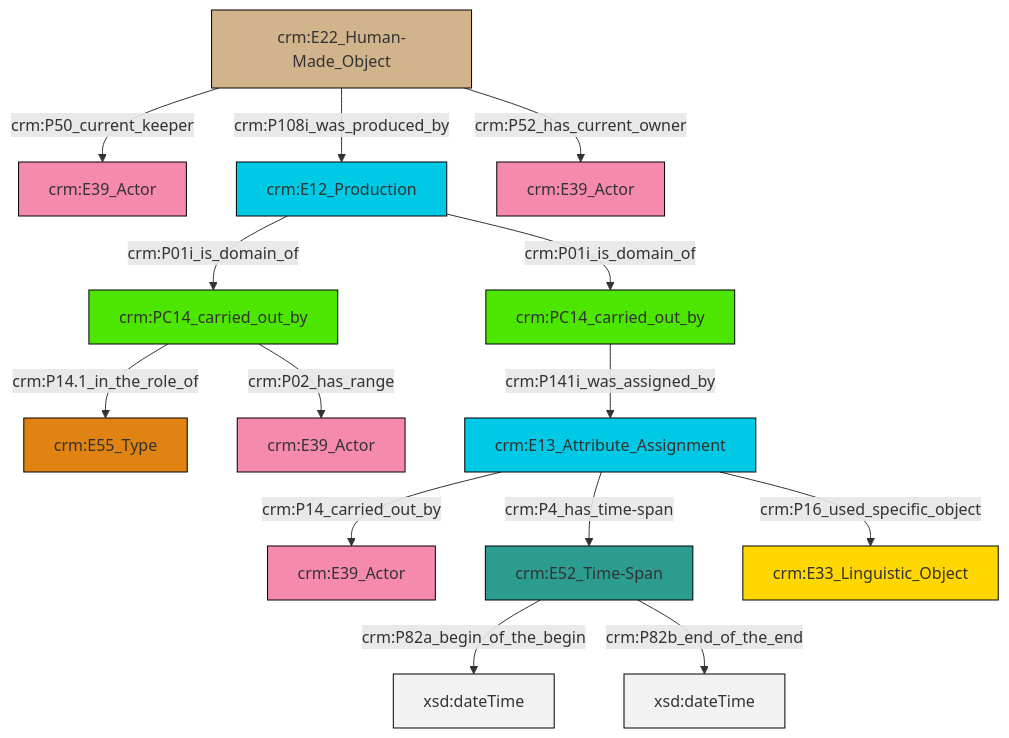
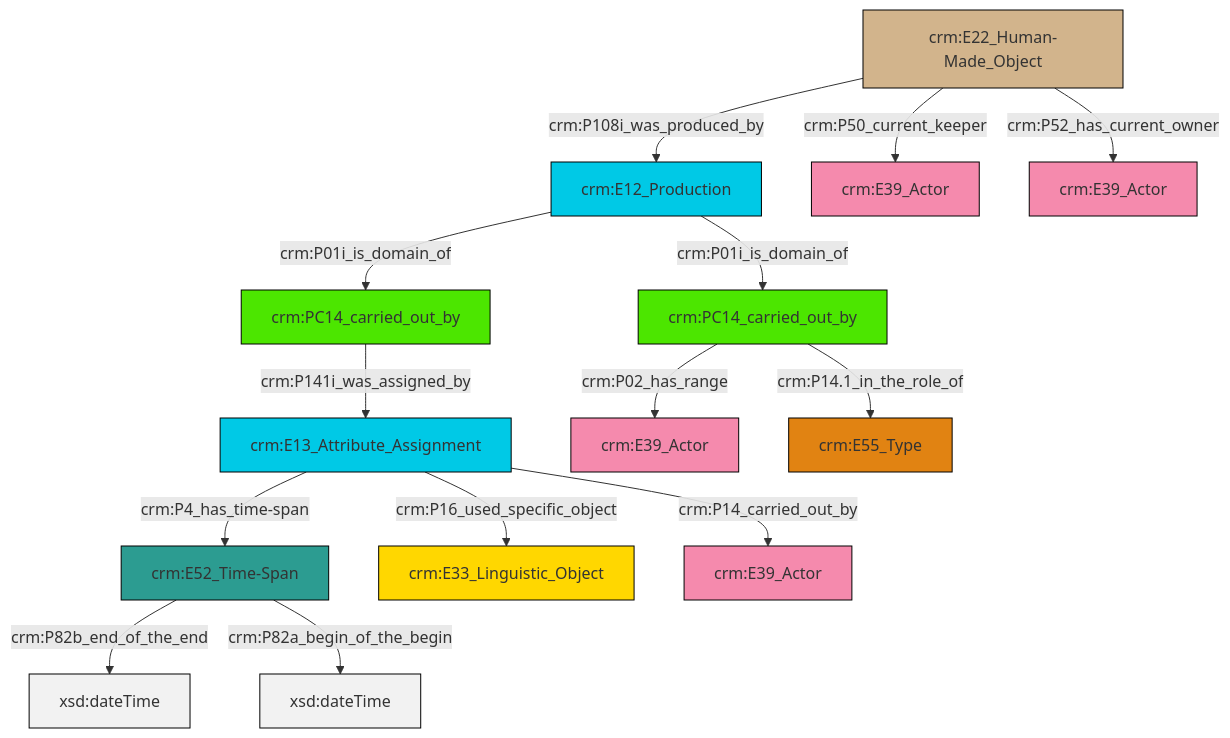
The diagram in et/carrierCSV/ttl/mmd/carrier_relations.ttl.mmd (swiss-art-research-net/docs.swissartresearch), drawn with Mermaid before and after one commit. The commit also changed 178 other files, not shown here.

```diff
--- a/et/carrierCSV/ttl/mmd/carrier_relations.ttl.mmd
+++ b/et/carrierCSV/ttl/mmd/carrier_relations.ttl.mmd
@@ -1,28 +1,28 @@
 graph TD
 classDef Literal fill:#f2f2f2,stroke:#000000;
 classDef CRM_Entity fill:#FFFFFF,stroke:#000000;
 classDef Temporal_Entity fill:#00C9E6, stroke:#000000;
 classDef Type fill:#E18312, stroke:#000000;
 classDef Time-Span fill:#2C9C91, stroke:#000000;
 classDef Appellation fill:#FFEB7F, stroke:#000000;
 classDef Place fill:#008836, stroke:#000000;
 classDef Persistent_Item fill:#B266B2, stroke:#000000;
 classDef Conceptual_Object fill:#FFD700, stroke:#000000;
 classDef Physical_Thing fill:#D2B48C, stroke:#000000;
 classDef Actor fill:#f58aad, stroke:#000000;
 classDef PC_Classes fill:#4ce600, stroke:#000000;
 classDef Multi fill:#cccccc,stroke:#000000;
 
-2["crm:E12_Production"]:::Temporal_Entity -->|crm:P01i_is_domain_of| 3["crm:PC14_carried_out_by"]:::PC_Classes
-4["crm:E22_Human-Made_Object"]:::Physical_Thing -->|crm:P50_current_keeper| 5["crm:E39_Actor"]:::Actor
-3["crm:PC14_carried_out_by"]:::PC_Classes -->|crm:P14.1_in_the_role_of| 10["crm:E55_Type"]:::Type
-12["crm:E13_Attribute_Assignment"]:::Temporal_Entity -->|crm:P14_carried_out_by| 8["crm:E39_Actor"]:::Actor
-3["crm:PC14_carried_out_by"]:::PC_Classes -->|crm:P02_has_range| 13["crm:E39_Actor"]:::Actor
-16["crm:E52_Time-Span"]:::Time-Span -->|crm:P82a_begin_of_the_begin| 17[xsd:dateTime]:::Literal
-12["crm:E13_Attribute_Assignment"]:::Temporal_Entity -->|crm:P4_has_time-span| 16["crm:E52_Time-Span"]:::Time-Span
-6["crm:PC14_carried_out_by"]:::PC_Classes -->|crm:P141i_was_assigned_by| 12["crm:E13_Attribute_Assignment"]:::Temporal_Entity
-12["crm:E13_Attribute_Assignment"]:::Temporal_Entity -->|crm:P16_used_specific_object| 14["crm:E33_Linguistic_Object"]:::Conceptual_Object
-16["crm:E52_Time-Span"]:::Time-Span -->|crm:P82b_end_of_the_end| 20[xsd:dateTime]:::Literal
-4["crm:E22_Human-Made_Object"]:::Physical_Thing -->|crm:P108i_was_produced_by| 2["crm:E12_Production"]:::Temporal_Entity
-4["crm:E22_Human-Made_Object"]:::Physical_Thing -->|crm:P52_has_current_owner| 0["crm:E39_Actor"]:::Actor
-2["crm:E12_Production"]:::Temporal_Entity -->|crm:P01i_is_domain_of| 6["crm:PC14_carried_out_by"]:::PC_Classes
+0["crm:E52_Time-Span"]:::Time-Span -->|crm:P82b_end_of_the_end| 1[xsd:dateTime]:::Literal
+2["crm:E13_Attribute_Assignment"]:::Temporal_Entity -->|crm:P4_has_time-span| 0["crm:E52_Time-Span"]:::Time-Span
+6["crm:PC14_carried_out_by"]:::PC_Classes -->|crm:P02_has_range| 7["crm:E39_Actor"]:::Actor
+2["crm:E13_Attribute_Assignment"]:::Temporal_Entity -->|crm:P16_used_specific_object| 8["crm:E33_Linguistic_Object"]:::Conceptual_Object
+0["crm:E52_Time-Span"]:::Time-Span -->|crm:P82a_begin_of_the_begin| 13[xsd:dateTime]:::Literal
+4["crm:E22_Human-Made_Object"]:::Physical_Thing -->|crm:P50_current_keeper| 16["crm:E39_Actor"]:::Actor
+2["crm:E13_Attribute_Assignment"]:::Temporal_Entity -->|crm:P14_carried_out_by| 14["crm:E39_Actor"]:::Actor
+11["crm:E12_Production"]:::Temporal_Entity -->|crm:P01i_is_domain_of| 17["crm:PC14_carried_out_by"]:::PC_Classes
+4["crm:E22_Human-Made_Object"]:::Physical_Thing -->|crm:P108i_was_produced_by| 11["crm:E12_Production"]:::Temporal_Entity
+6["crm:PC14_carried_out_by"]:::PC_Classes -->|crm:P14.1_in_the_role_of| 9["crm:E55_Type"]:::Type
+11["crm:E12_Production"]:::Temporal_Entity -->|crm:P01i_is_domain_of| 6["crm:PC14_carried_out_by"]:::PC_Classes
+17["crm:PC14_carried_out_by"]:::PC_Classes -->|crm:P141i_was_assigned_by| 2["crm:E13_Attribute_Assignment"]:::Temporal_Entity
+4["crm:E22_Human-Made_Object"]:::Physical_Thing -->|crm:P52_has_current_owner| 21["crm:E39_Actor"]:::Actor
```
